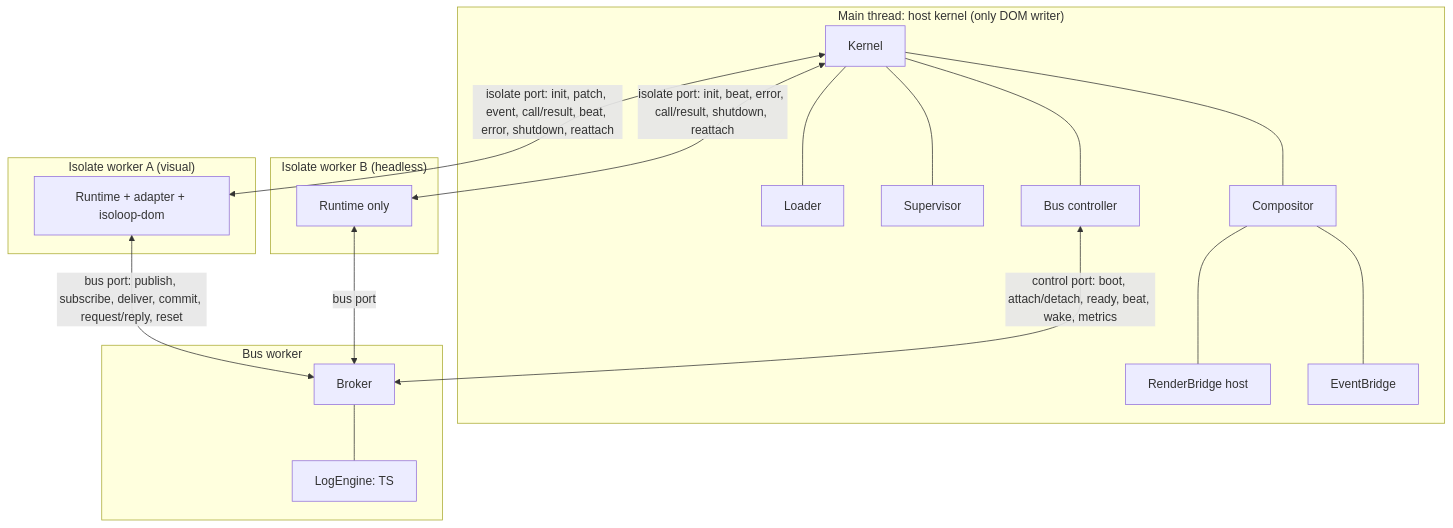
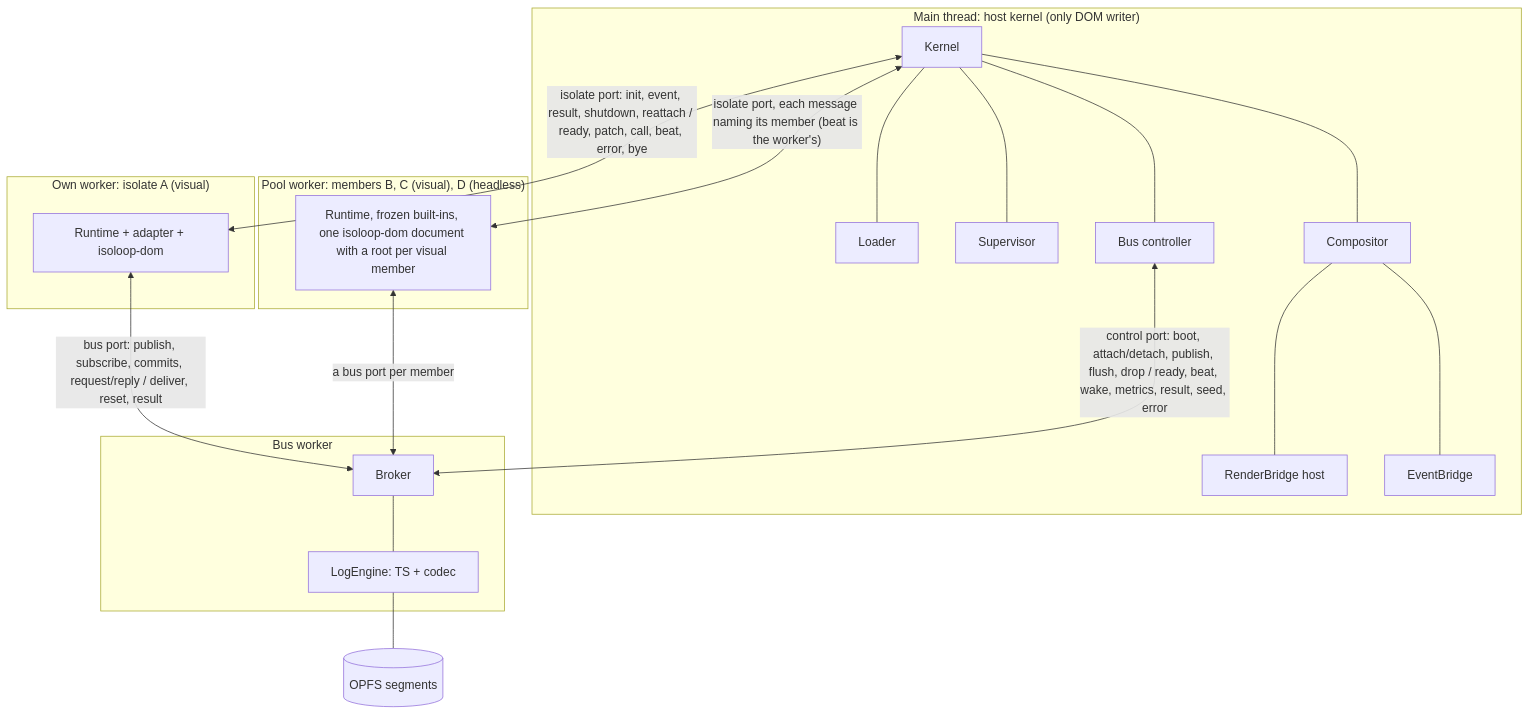
One commit to isoloop/isoloop changed the first of 8 diagrams in docs/design/system-design.md. Above: the diagram before and after it, drawn with Mermaid. The commit also changed other lines of this file, not shown here.

Commit message:
docs: the system design describes pools, combined commits and the bus worker as built (#178)

````diff
--- a/docs/design/system-design.md
+++ b/docs/design/system-design.md
@@ -17,26 +17,28 @@
 ```mermaid
 flowchart TB
   subgraph Main["Main thread: host kernel (only DOM writer)"]
     K[Kernel] --- L[Loader]
     K --- S[Supervisor]
     K --- C[Compositor]
     K --- BC[Bus controller]
     C --- RB[RenderBridge host]
     C --- EB[EventBridge]
   end
   subgraph BW["Bus worker"]
-    BR[Broker] --- EN[LogEngine: TS]
+    BR[Broker] --- EN[LogEngine: TS + codec]
   end
-  subgraph PA["Isolate worker A (visual)"]
+  OP[(OPFS segments)]
+  subgraph PA["Own worker: isolate A (visual)"]
     RA[Runtime + adapter + isoloop-dom]
   end
-  subgraph PB["Isolate worker B (headless)"]
-    RBB[Runtime only]
+  subgraph PP["Pool worker: members B, C (visual), D (headless)"]
+    RP[Runtime, frozen built-ins, one isoloop-dom document with a root per visual member]
   end
 
-  K <-- "isolate port: init, patch, event, call/result, beat, error, shutdown, reattach" --> RA
-  K <-- "isolate port: init, beat, error, call/result, shutdown, reattach" --> RBB
-  BC <-- "control port: boot, attach/detach, ready, beat, wake, metrics" --> BR
-  RA <-- "bus port: publish, subscribe, deliver, commit, request/reply, reset" --> BR
-  RBB <-- "bus port" --> BR
+  K <-- "isolate port: init, event, result, shutdown, reattach / ready, patch, call, beat, error, bye" --> RA
+  K <-- "isolate port, each message naming its member (beat is the worker's)" --> RP
+  BC <-- "control port: boot, attach/detach, publish, flush, drop / ready, beat, wake, metrics, result, seed, error" --> BR
+  RA <-- "bus port: publish, subscribe, commits, request/reply / deliver, reset, result" --> BR
+  RP <-- "a bus port per member" --> BR
+  EN --- OP
 ```
````
